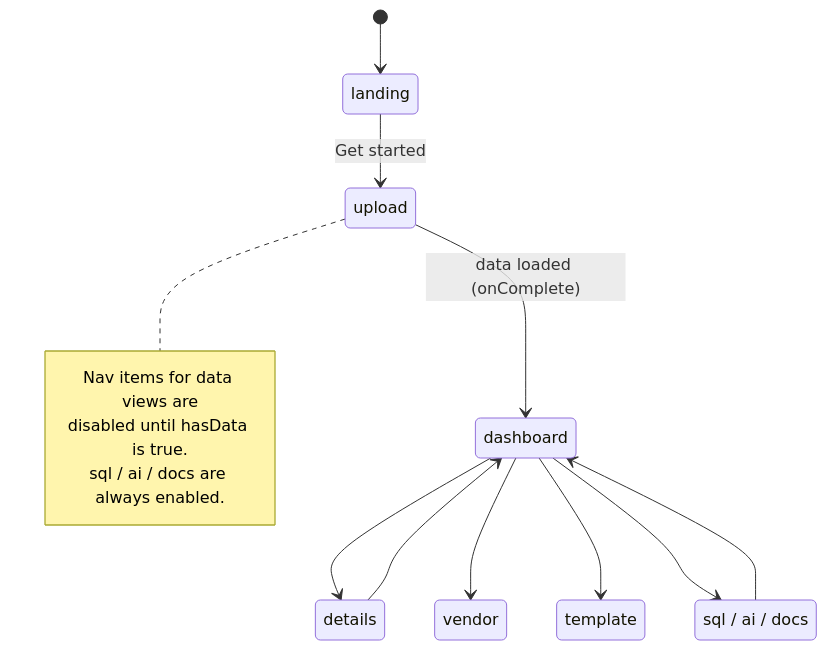
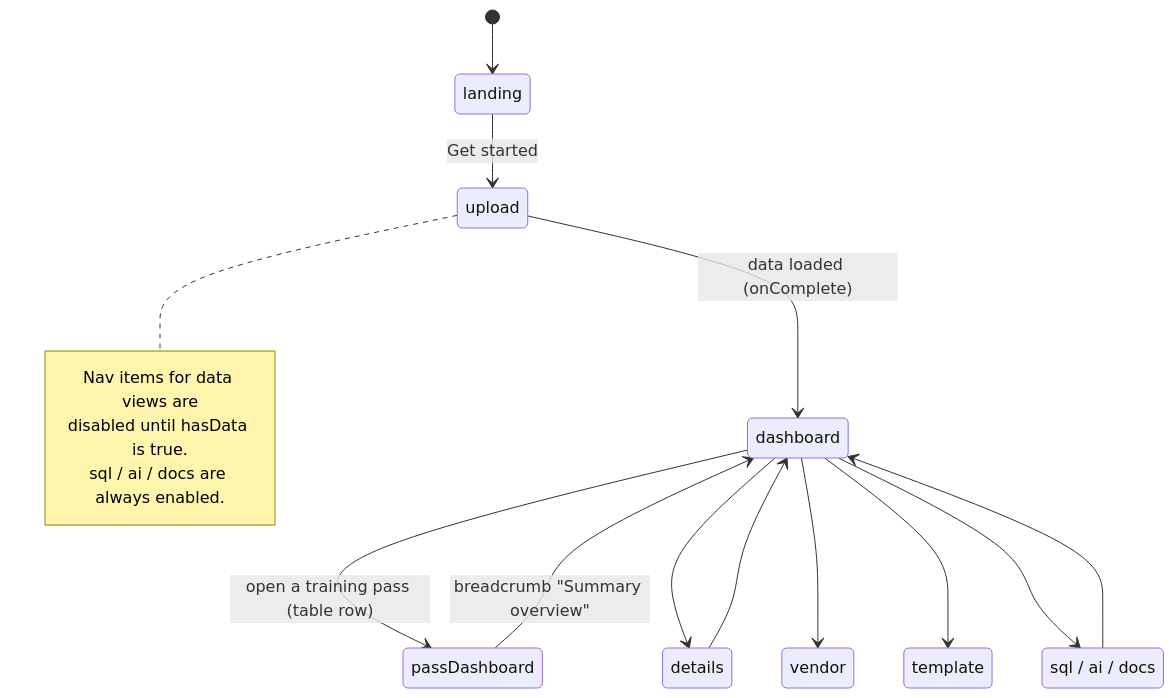
Before and after one commit to duc75bui/ancoralens-v2: the fourth of 5 diagrams in ARCHITECTURE.md, drawn with Mermaid. The commit also changed other lines of this file and 3 other files, not shown here.

````diff
--- a/ARCHITECTURE.md
+++ b/ARCHITECTURE.md
@@ -122,18 +123,20 @@
 ```mermaid
 stateDiagram-v2
   [*] --> landing
   landing --> upload: Get started
   upload --> dashboard: data loaded (onComplete)
+  dashboard --> passDashboard: open a training pass (table row)
+  passDashboard --> dashboard: breadcrumb "Summary overview"
   dashboard --> details
   dashboard --> vendor
   dashboard --> template
   state "sql / ai / docs" as utility
   dashboard --> utility
   utility --> dashboard
   details --> dashboard
   note right of upload
     Nav items for data views are
     disabled until hasData is true.
     sql / ai / docs are always enabled.
   end note
 ```
````
